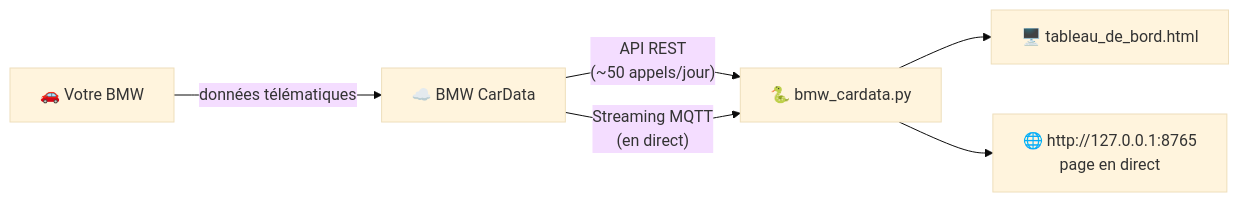
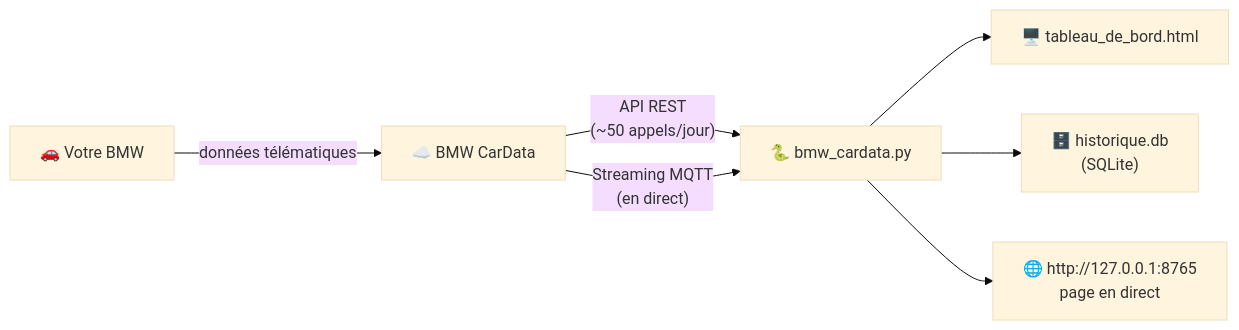
One commit to Teddy57600/bmw-cardata-dashboard changed the diagram in README.md. Above: the diagram before and after it, drawn with Mermaid (base theme). The commit also changed other lines of this file and 3 other files, not shown here.

First line of the commit message:
Historique enregistré dans une base SQLite (historique.db)

````diff
--- a/README.md
+++ b/README.md
@@ -131,8 +135,9 @@
 ```mermaid
 flowchart LR
     V["🚗 Votre BMW"] -- "données télématiques" --> B["☁️ BMW CarData"]
     B -- "API REST<br/>(~50 appels/jour)" --> S["🐍 bmw_cardata.py"]
     B -- "Streaming MQTT<br/>(en direct)" --> S
     S --> H["🖥️ tableau_de_bord.html"]
+    S --> D["🗄️ historique.db<br/>(SQLite)"]
     S --> L["🌐 http://127.0.0.1:8765<br/>page en direct"]
 ```
````
